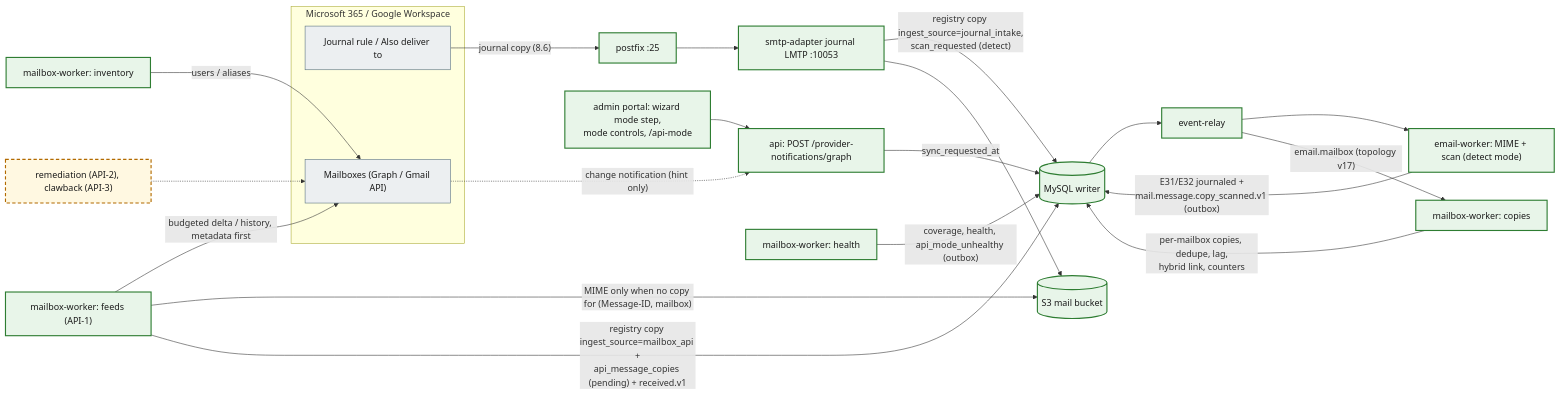
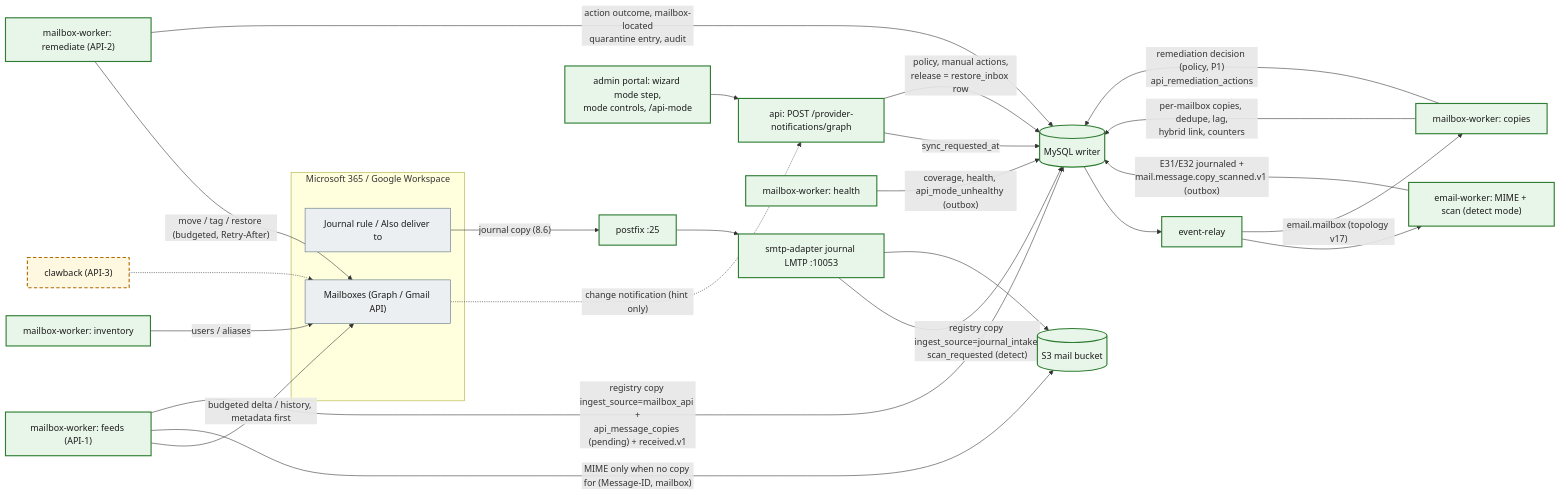
The second of 2 diagrams in docs/architecture/overview.md (mnnitsarvesh-ai/email-gateway), drawn with Mermaid before and after one commit. The commit also changed other lines of this file and 207 other files, not shown here.

````diff
--- a/docs/architecture/overview.md
+++ b/docs/architecture/overview.md
@@ -183,27 +183,31 @@
 ```mermaid
 flowchart LR
   classDef impl fill:#e8f5e9,stroke:#2e7d32,stroke-width:2px,color:#1b1b1b
   classDef planned fill:#fff8e1,stroke:#b26a00,stroke-width:2px,stroke-dasharray:6 4,color:#1b1b1b
   classDef ext fill:#eceff1,stroke:#546e7a,stroke-width:1px,color:#1b1b1b
 
   subgraph Provider["Microsoft 365 / Google Workspace"]
     JR["Journal rule / Also deliver to"]:::ext
     MBX["Mailboxes (Graph / Gmail API)"]:::ext
   end
   JR -->|"journal copy (8.6)"| PF["postfix :25"]:::impl --> JL["smtp-adapter journal LMTP :10053"]:::impl
   JL -->|"registry copy ingest_source=journal_intake,<br/>scan_requested (detect)"| DB[("MySQL writer")]:::impl
   JL --> S3[("S3 mail bucket")]:::impl
   MW["mailbox-worker: feeds (API-1)"]:::impl -->|"budgeted delta / history, metadata first"| MBX
   MBX -.->|"change notification (hint only)"| API["api: POST /provider-notifications/graph"]:::impl
   API -->|"sync_requested_at"| DB
   MW -->|"MIME only when no copy for (Message-ID, mailbox)"| S3
   MW -->|"registry copy ingest_source=mailbox_api +<br/>api_message_copies (pending) + received.v1"| DB
   DB --> ER["event-relay"]:::impl --> EW["email-worker: MIME + scan (detect mode)"]:::impl
   EW -->|"E31/E32 journaled +<br/>mail.message.copy_scanned.v1 (outbox)"| DB
   ER -->|"email.mailbox (topology v17)"| MC["mailbox-worker: copies"]:::impl
   MC -->|"per-mailbox copies, dedupe, lag,<br/>hybrid link, counters"| DB
   MI["mailbox-worker: inventory"]:::impl -->|"users / aliases"| MBX
   MH["mailbox-worker: health"]:::impl -->|"coverage, health, api_mode_unhealthy (outbox)"| DB
   Portal["admin portal: wizard mode step,<br/>mode controls, /api-mode"]:::impl --> API
-  RM["remediation (API-2), clawback (API-3)"]:::planned -.-> MBX
+  MC -->|"remediation decision (policy, P1)<br/>api_remediation_actions"| DB
+  MR["mailbox-worker: remediate (API-2)"]:::impl -->|"move / tag / restore (budgeted, Retry-After)"| MBX
+  MR -->|"action outcome, mailbox-located<br/>quarantine entry, audit"| DB
+  API -->|"policy, manual actions,<br/>release = restore_inbox row"| DB
+  RM["clawback (API-3)"]:::planned -.-> MBX
 ```
````
